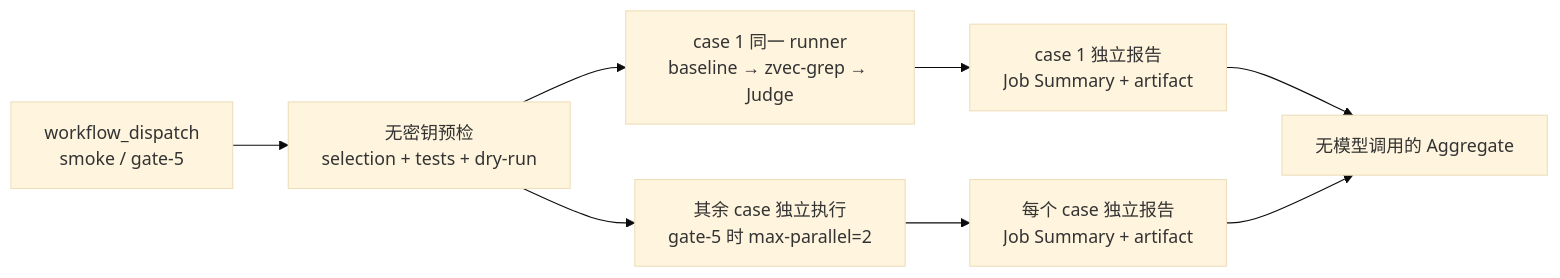
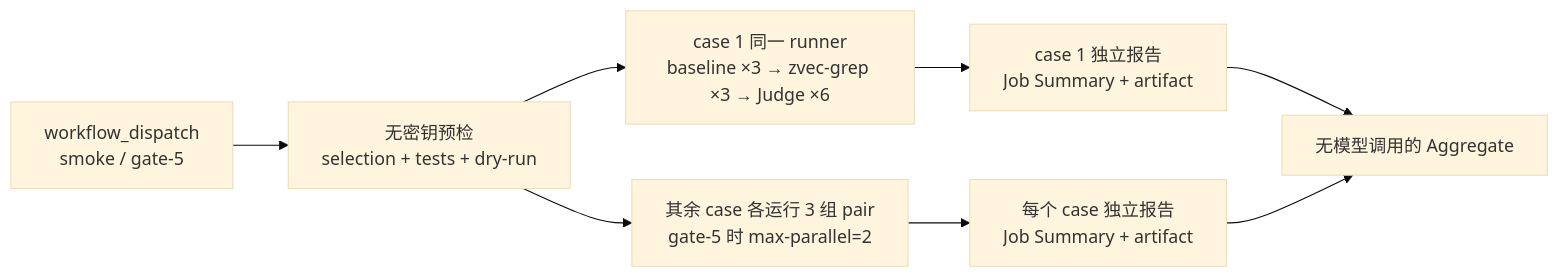
One commit to zvec-ai/zvec-grep changed the diagram in benchmarks/coding/SWE_QA_CI.md. Above: the diagram before and after it, drawn with Mermaid (base theme). The commit also changed other lines of this file and 9 other files, not shown here.

````diff
--- a/benchmarks/coding/SWE_QA_CI.md
+++ b/benchmarks/coding/SWE_QA_CI.md
@@ -21,10 +21,10 @@
 ```mermaid
 flowchart LR
     D["workflow_dispatch<br/>smoke / gate-5"] --> V["无密钥预检<br/>selection + tests + dry-run"]
-    V --> P1["case 1 同一 runner<br/>baseline → zvec-grep → Judge"]
-    V --> P2["其余 case 独立执行<br/>gate-5 时 max-parallel=2"]
+    V --> P1["case 1 同一 runner<br/>baseline ×3 → zvec-grep ×3 → Judge ×6"]
+    V --> P2["其余 case 各运行 3 组 pair<br/>gate-5 时 max-parallel=2"]
     P1 --> R1["case 1 独立报告<br/>Job Summary + artifact"]
     P2 --> RN["每个 case 独立报告<br/>Job Summary + artifact"]
     R1 --> A["无模型调用的 Aggregate"]
     RN --> A
 ```
````
